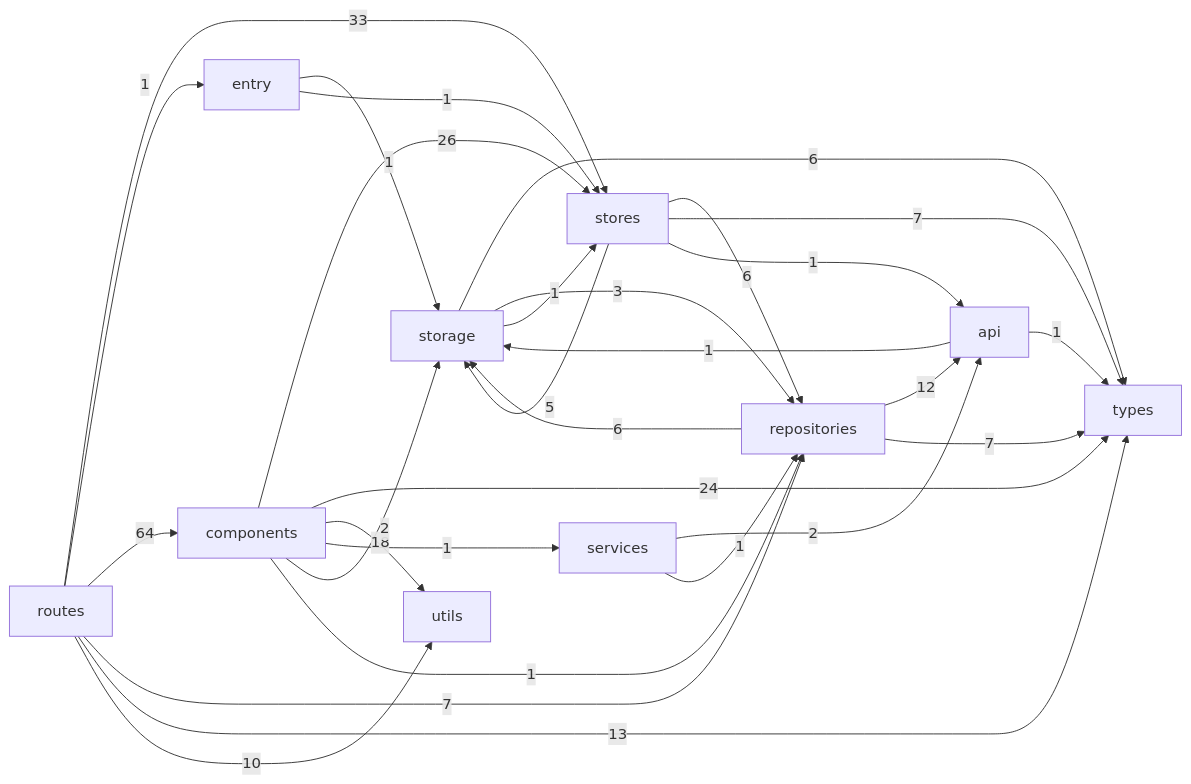
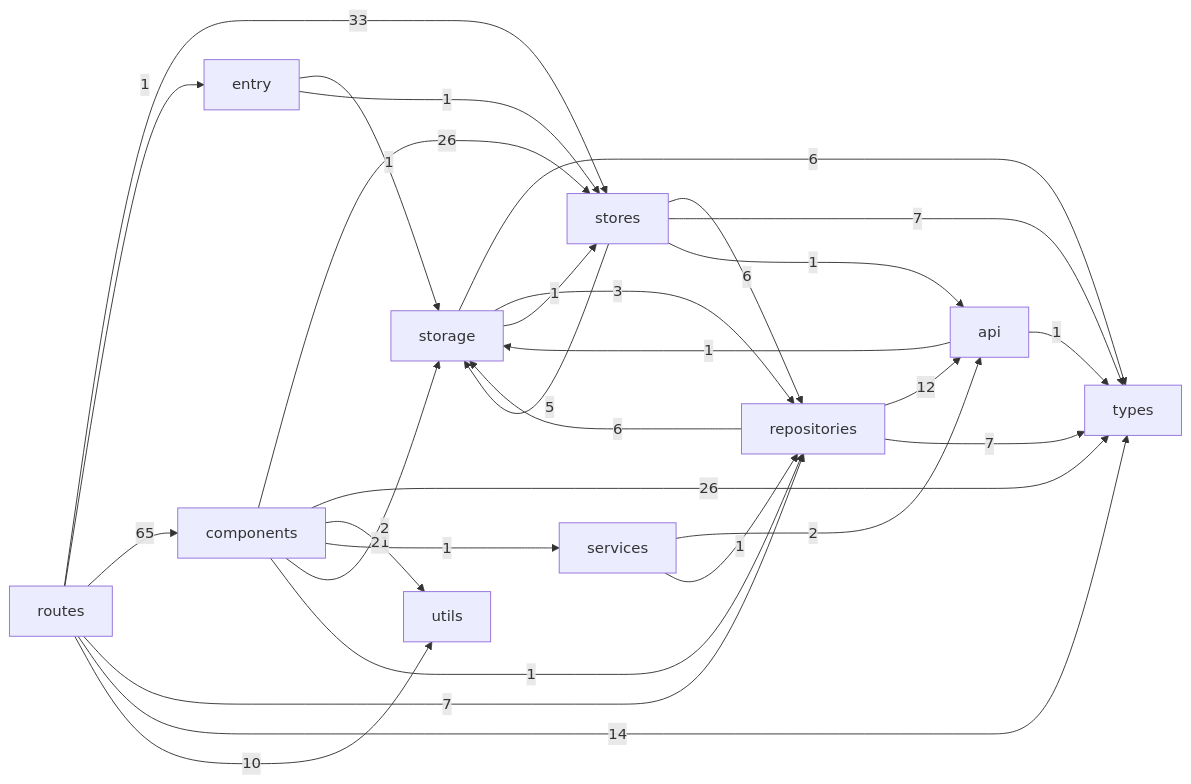
One commit to surajfale/notes-tasks changed the second of 2 diagrams in docs/CODEBASE_GRAPH.md. Above: the diagram before and after it, drawn with Mermaid. The commit also changed other lines of this file and 11 other files, not shown here.

````diff
--- a/docs/CODEBASE_GRAPH.md
+++ b/docs/CODEBASE_GRAPH.md
@@ -49,31 +49,31 @@
 ```mermaid
 flowchart LR
     entry["entry"] -->|1| storage["storage"]
     entry["entry"] -->|1| stores["stores"]
     api["api"] -->|1| storage["storage"]
     api["api"] -->|1| types["types"]
     components["components"] -->|26| stores["stores"]
-    components["components"] -->|24| types["types"]
-    components["components"] -->|18| utils["utils"]
+    components["components"] -->|26| types["types"]
+    components["components"] -->|21| utils["utils"]
     components["components"] -->|1| services["services"]
     components["components"] -->|2| storage["storage"]
     components["components"] -->|1| repositories["repositories"]
     repositories["repositories"] -->|12| api["api"]
     repositories["repositories"] -->|7| types["types"]
     repositories["repositories"] -->|6| storage["storage"]
     services["services"] -->|2| api["api"]
     services["services"] -->|1| repositories["repositories"]
     storage["storage"] -->|6| types["types"]
     storage["storage"] -->|3| repositories["repositories"]
     storage["storage"] -->|1| stores["stores"]
     stores["stores"] -->|6| repositories["repositories"]
     stores["stores"] -->|5| storage["storage"]
     stores["stores"] -->|7| types["types"]
     stores["stores"] -->|1| api["api"]
     routes["routes"] -->|33| stores["stores"]
     routes["routes"] -->|1| entry["entry"]
-    routes["routes"] -->|64| components["components"]
+    routes["routes"] -->|65| components["components"]
     routes["routes"] -->|7| repositories["repositories"]
-    routes["routes"] -->|13| types["types"]
+    routes["routes"] -->|14| types["types"]
     routes["routes"] -->|10| utils["utils"]
 ```
````
